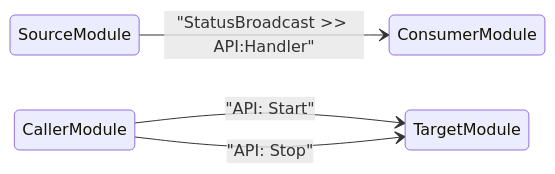
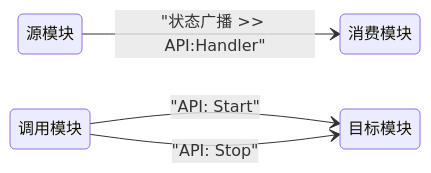
The diagram in docs/csm-module-skill.md (NEVSTOP-LAB/CSM-Module-Repo-Template), drawn with Mermaid before and after one commit. The commit also changed other lines of this file and 2 other files, not shown here.

````diff
--- a/docs/csm-module-skill.md
+++ b/docs/csm-module-skill.md
@@ -215,7 +214,7 @@
 ```mermaid
 stateDiagram-v2
 direction LR
-SourceModule --> ConsumerModule : "StatusBroadcast >> API:Handler"
-CallerModule  --> TargetModule  : "API: Start"
-CallerModule  --> TargetModule  : "API: Stop"
+源模块 --> 消费模块 : "状态广播 >> API:Handler"
+调用模块 --> 目标模块 : "API: Start"
+调用模块 --> 目标模块 : "API: Stop"
 ```
````
